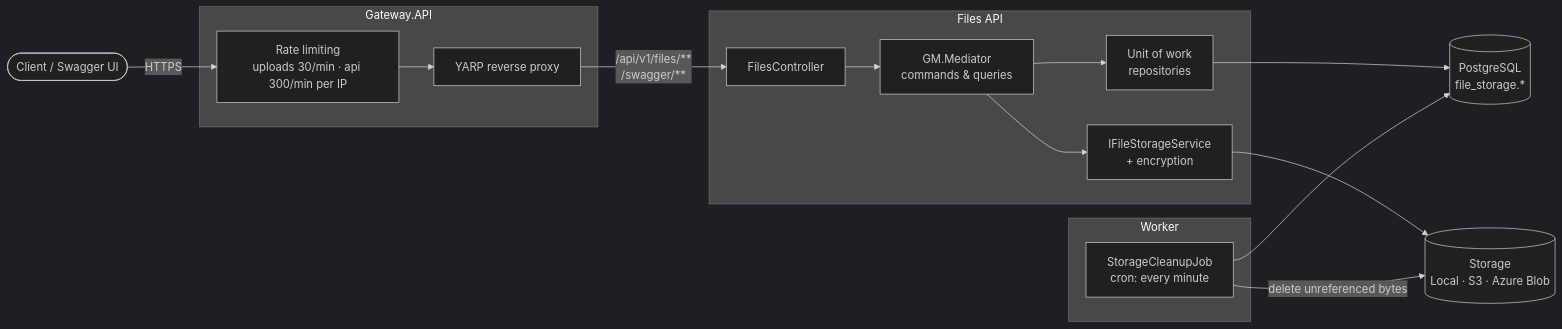
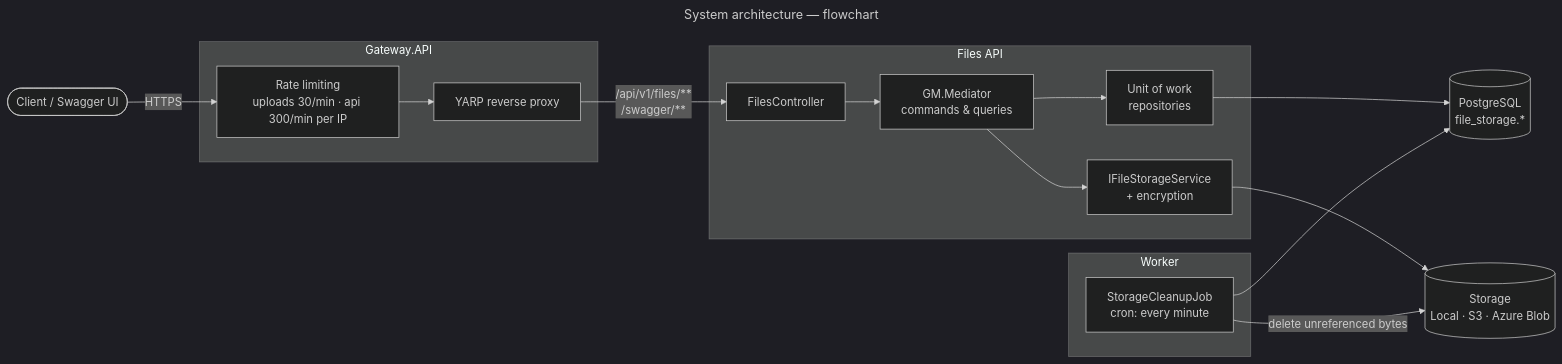
Before and after one commit to gmetskhvarishvili/GM.FileStorage.Samples: the first of 3 diagrams in docs/architecture.md, drawn with Mermaid (dark theme). The commit also changed other lines of this file and 7 other files, not shown here.

First line of the commit message:
docs: name every diagram "subject — kind" and index them

````diff
--- a/docs/architecture.md
+++ b/docs/architecture.md
@@ -13,30 +16,33 @@
 ```mermaid
+---
+title: System architecture — flowchart
+---
 flowchart LR
     client([Client / Swagger UI])
 
     subgraph edge[Gateway.API]
         rl[Rate limiting<br/>uploads 30/min · api 300/min per IP]
         proxy[YARP reverse proxy]
         rl --> proxy
     end
 
     subgraph api[Files API]
         ctrl[FilesController] --> med[GM.Mediator<br/>commands & queries]
         med --> uow[Unit of work<br/>repositories]
         med --> fs[IFileStorageService<br/>+ encryption]
     end
 
     subgraph worker[Worker]
         job[StorageCleanupJob<br/>cron: every minute]
     end
 
     db[(PostgreSQL<br/>file_storage.*)]
     store[(Storage<br/>Local · S3 · Azure Blob)]
 
     client -->|HTTPS| rl
     proxy -->|/api/v1/files/**<br/>/swagger/**| ctrl
     uow --> db
     fs --> store
     job --> db
     job -->|delete unreferenced bytes| store
 ```
````
